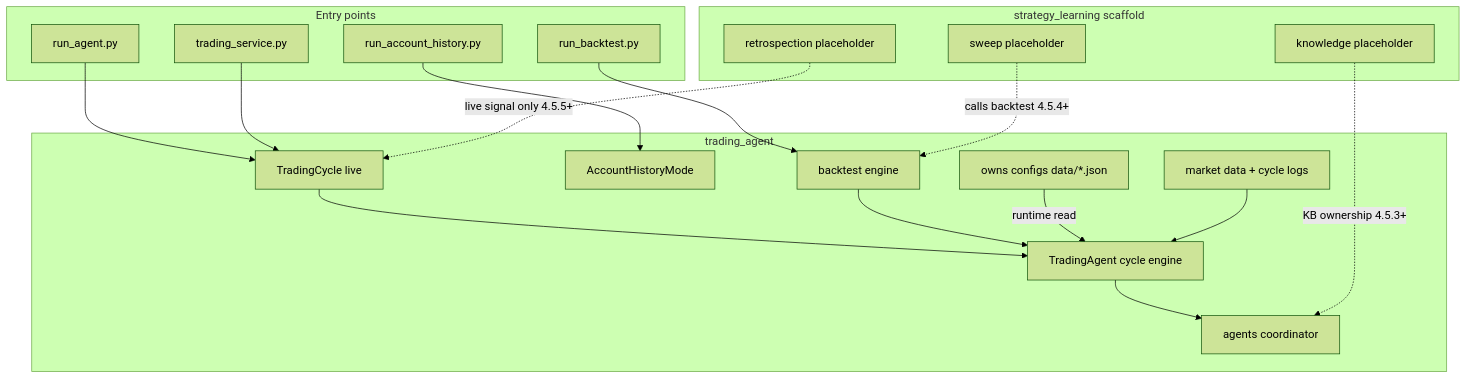
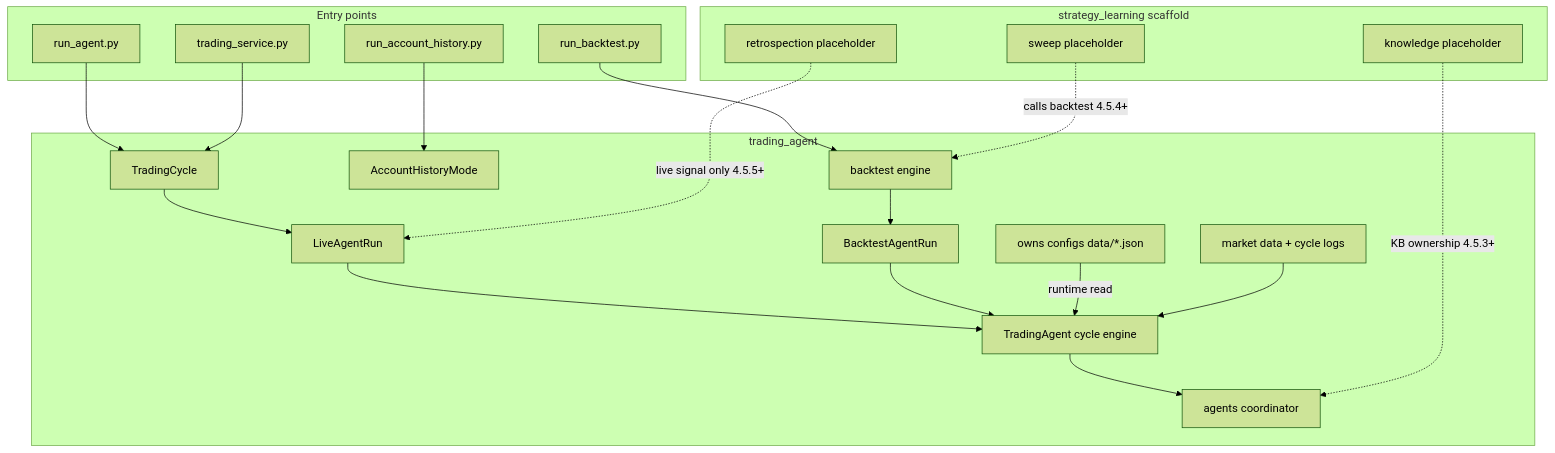
The first of 2 diagrams in docs/PROJECT_PLAN.md (yetigong/trading-agent), drawn with Mermaid (forest theme) before and after one commit. The commit also changed other lines of this file and 12 other files, not shown here.

First line of the commit message:
Add LiveAgentRun and BacktestAgentRun modes for Phase 4.5.2.

````diff
--- a/docs/PROJECT_PLAN.md
+++ b/docs/PROJECT_PLAN.md
@@ -20,35 +20,37 @@
 ```mermaid
 flowchart TB
     subgraph entry [Entry points]
         RA[run_agent.py]
         RAH[run_account_history.py]
         RBT[run_backtest.py]
         TS[trading_service.py]
     end
 
     subgraph ta [trading_agent]
-        TC[TradingCycle live]
+        TC[TradingCycle]
+        Live[LiveAgentRun]
+        BTRun[BacktestAgentRun]
         TA[TradingAgent cycle engine]
         AHM[AccountHistoryMode]
         AG[agents coordinator]
         BT[backtest engine]
         Cfg["owns configs data/*.json"]
         MD[market data + cycle logs]
     end
 
     subgraph sl [strategy_learning scaffold]
         SLK[knowledge placeholder]
         SLS[sweep placeholder]
         SLR[retrospection placeholder]
     end
 
-    RA --> TC --> TA --> AG
+    RA --> TC --> Live --> TA --> AG
     TS --> TC
     RAH --> AHM
-    RBT --> BT --> TA
+    RBT --> BT --> BTRun --> TA
     Cfg -->|"runtime read"| TA
     MD --> TA
     SLK -.->|"KB ownership 4.5.3+"| AG
     SLS -.->|"calls backtest 4.5.4+"| BT
-    SLR -.->|"live signal only 4.5.5+"| TC
+    SLR -.->|"live signal only 4.5.5+"| Live
 ```
````
